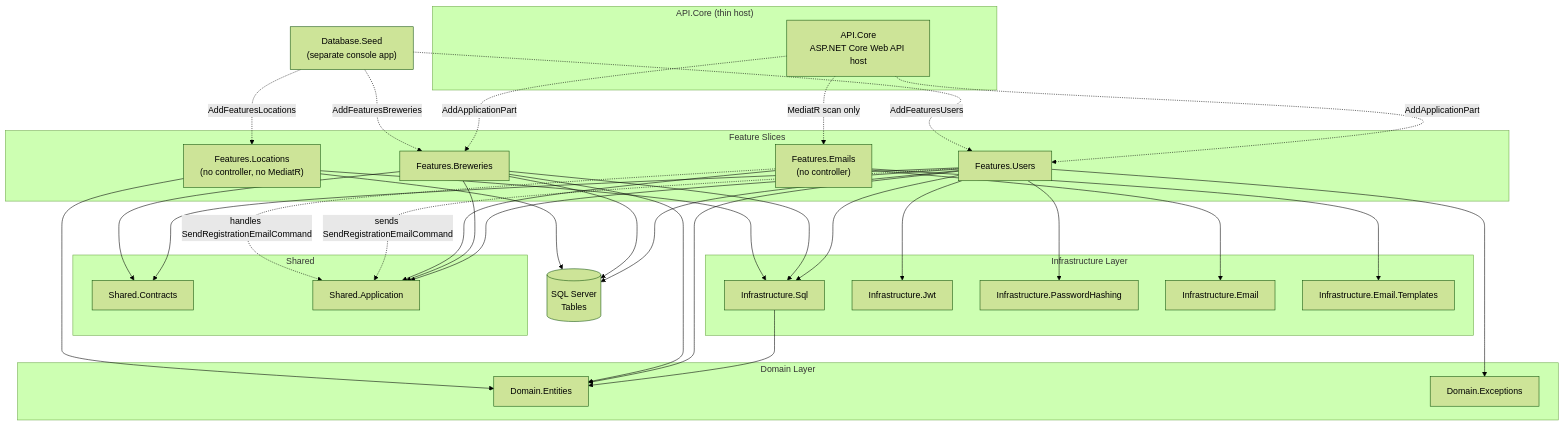
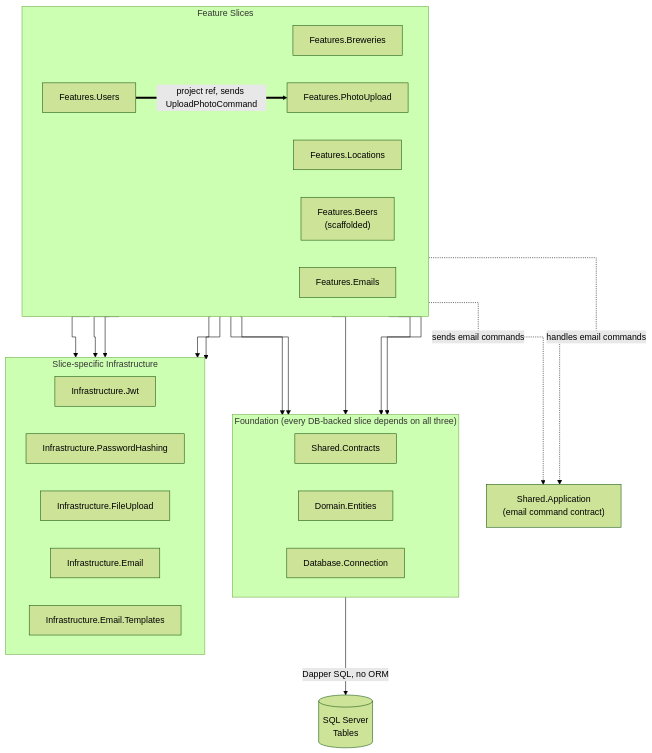
Before and after one commit to aaronpo97/the-biergarten-app: the second of 2 diagrams in docs/website/diagrams-md/architecture.md, drawn with Mermaid (forest theme). The commit also changed other lines of this file and 19 other files, not shown here.

````diff
--- a/docs/website/diagrams-md/architecture.md
+++ b/docs/website/diagrams-md/architecture.md
@@ -3,72 +55,54 @@
 ```mermaid
+---
+config:
+  flowchart:
+    curve: stepAfter
+---
 flowchart TB
-    subgraph HOST["API.Core (thin host)"]
-        API["API.Core<br/>ASP.NET Core Web API host"]
+    subgraph SLICES["Feature Slices"]
+        direction LR
+        BrewerySlice["Features.Breweries"]
+        LocationsSlice["Features.Locations"]
+        BeersSlice["Features.Beers<br/>(scaffolded)"]
+        PhotoSlice["Features.PhotoUpload"]
+        UsersSlice["Features.Users"]
+        EmailsSlice["Features.Emails"]
     end
 
-    subgraph SLICES["Feature Slices"]
-        UsersSlice["Features.Users"]
-        BrewerySlice["Features.Breweries"]
-        EmailsSlice["Features.Emails<br/>(no controller)"]
-        LocationsSlice["Features.Locations<br/>(no controller, no MediatR)"]
+    subgraph FOUNDATION["Foundation (every DB-backed slice depends on all three)"]
+        direction LR
+        SharedContracts["Shared.Contracts"]
+        Domain["Domain.Entities"]
+        DBConn["Database.Connection"]
     end
 
-    subgraph SHARED["Shared"]
-        SharedContracts["Shared.Contracts"]
-        SharedApp["Shared.Application"]
-    end
+    SharedApp["Shared.Application<br/>(email command contract)"]
 
-    subgraph INFRA["Infrastructure Layer"]
-        Sql["Infrastructure.Sql"]
+    subgraph INFRA["Slice-specific Infrastructure"]
+        direction LR
         JWT["Infrastructure.Jwt"]
         PwdHash["Infrastructure.PasswordHashing"]
+        FileUpload["Infrastructure.FileUpload"]
         Email["Infrastructure.Email"]
         EmailTemplates["Infrastructure.Email.Templates"]
     end
 
-    subgraph DOMAIN["Domain Layer"]
-        Domain["Domain.Entities"]
-        DomainExceptions["Domain.Exceptions"]
-    end
+    Tables[("SQL Server<br/>Tables")]
 
-    Tables[("SQL Server<br/>Tables")]
-    Seed["Database.Seed<br/>(separate console app)"]
+    %% the one feature-to-feature reference, breaking slice isolation
+    UsersSlice ==>|"project ref, sends UploadPhotoCommand"| PhotoSlice
 
-    API -.->|AddApplicationPart| UsersSlice
-    API -.->|AddApplicationPart| BrewerySlice
-    API -.->|MediatR scan only| EmailsSlice
+    %% cross-slice MediatR contract, routed through Shared.Application instead
+    UsersSlice -.->|sends email commands| SharedApp
+    EmailsSlice -.->|handles email commands| SharedApp
 
-    Seed -.->|AddFeaturesUsers| UsersSlice
-    Seed -.->|AddFeaturesBreweries| BrewerySlice
-    Seed -.->|AddFeaturesLocations| LocationsSlice
+    %% every DB-backed slice depends on the same foundation
+    BrewerySlice & LocationsSlice & BeersSlice & PhotoSlice & UsersSlice --> FOUNDATION
 
-    UsersSlice --> Sql
-    UsersSlice --> JWT
-    UsersSlice --> PwdHash
-    UsersSlice --> SharedContracts
-    UsersSlice --> SharedApp
+    %% slice-specific infra, one edge per slice
+    UsersSlice --> JWT & PwdHash
+    PhotoSlice --> FileUpload
+    EmailsSlice --> Email & EmailTemplates
 
-    BrewerySlice --> Sql
-    BrewerySlice --> SharedContracts
-    BrewerySlice --> SharedApp
-
-    LocationsSlice --> Sql
-
-    EmailsSlice --> Email
-    EmailsSlice --> EmailTemplates
-    EmailsSlice --> SharedApp
-
-    UsersSlice -.->|sends SendRegistrationEmailCommand| SharedApp
-    EmailsSlice -.->|handles SendRegistrationEmailCommand| SharedApp
-
-    Sql --> Domain
-
-    UsersSlice --> Tables
-    BrewerySlice --> Tables
-    LocationsSlice --> Tables
-
-    UsersSlice --> Domain
-    BrewerySlice --> Domain
-    LocationsSlice --> Domain
-    UsersSlice --> DomainExceptions
+    DBConn -->|Dapper SQL, no ORM| Tables
 ```
````
